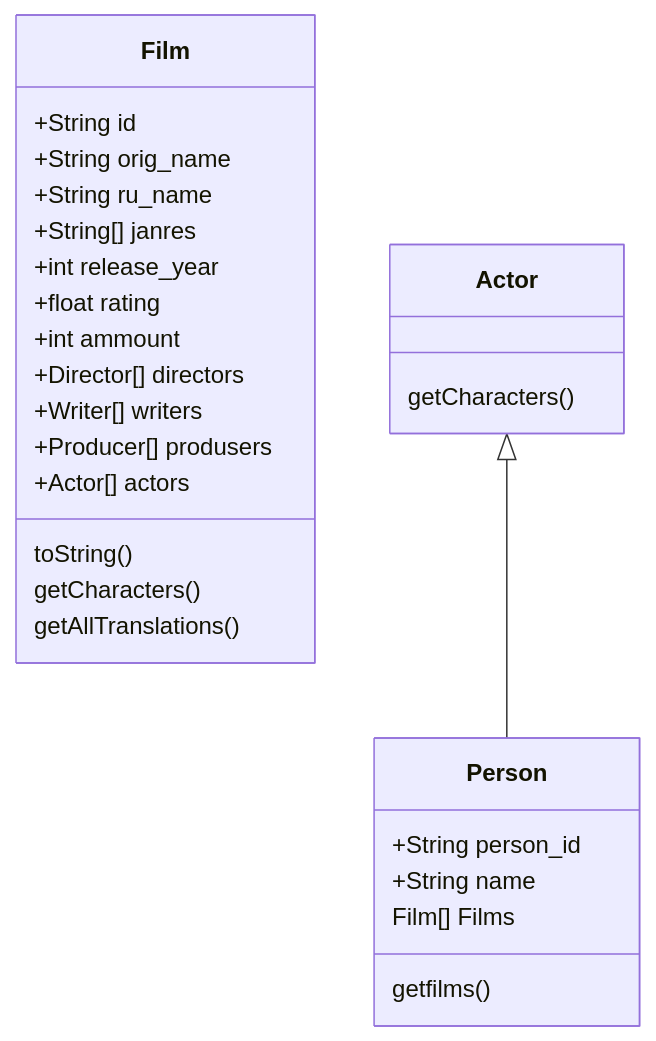
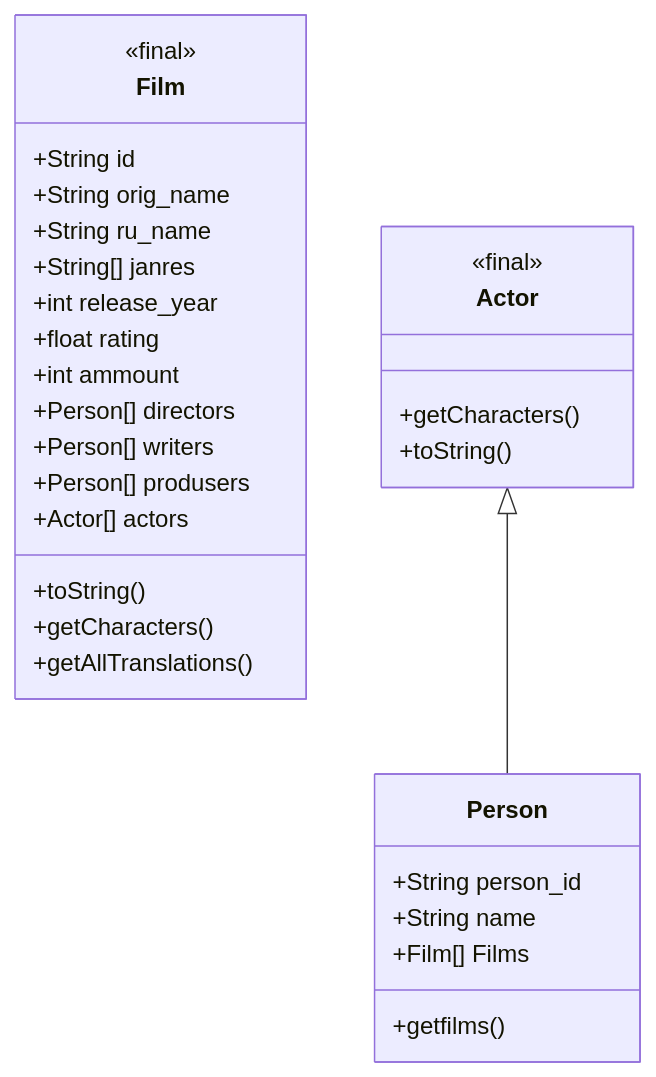
The diagram in Java_OOP/Monastyrskiy/Java_project/docs/structure.md (mmonastyrskiy/Programming_3_sem), drawn with Mermaid before and after one commit.

Commit message:
classes schema

````diff
--- a/Java_OOP/Monastyrskiy/Java_project/docs/structure.md
+++ b/Java_OOP/Monastyrskiy/Java_project/docs/structure.md
@@ -14,34 +14,39 @@
 ```mermaid
 classDiagram
     class Film{
+    	<<final>>
     	+String id
     	+String orig_name
     	+String ru_name
     	+String[] janres
     	+int release_year
     	+float rating
     	+int ammount
-    	+Director[] directors
-    	+Writer[] writers
-    	+Producer[] produsers
+    	+Person[] directors
+    	+Person[] writers
+    	+Person[] produsers
     	+Actor[] actors
-    	toString()
-    	getCharacters()
-    	getAllTranslations()
+    	+toString()
+    	+getCharacters()
+    	+getAllTranslations()
 
 
     }
     class Person{
     	+String person_id
     	+String name
-    	Film[] Films
-    	getfilms()
+    	+Film[] Films
+    	+getfilms()
 
     }
     class Actor{
-    	getCharacters()
+    	<<final>>
+    	+getCharacters()
+    	+toString()
+
+
 
     }
     Actor <|-- Person  
 
 ```
````
